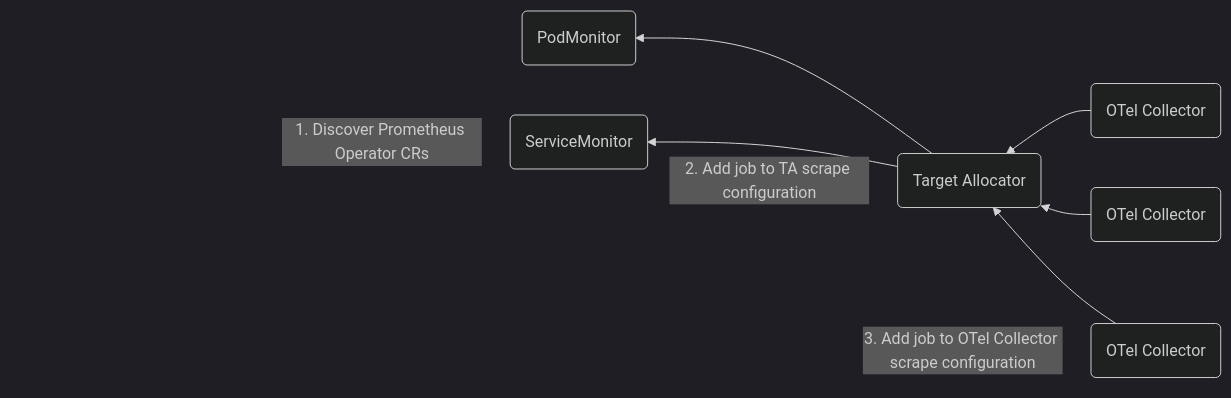
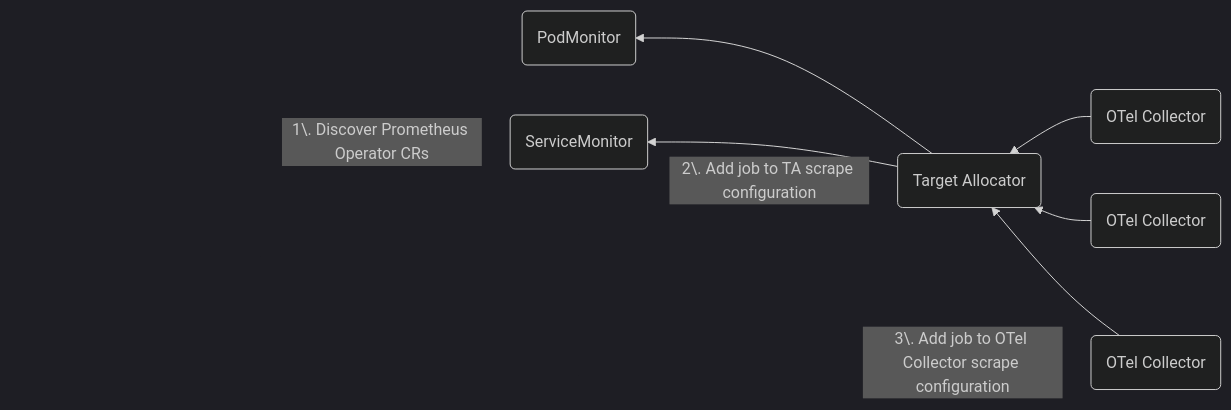
Before and after one commit to open-telemetry/opentelemetry.io: the second of 2 diagrams in content/en/blog/2024/prom-and-otel/index.md, drawn with Mermaid (dark theme).

Commit message:
Use escape char

````diff
--- a/content/en/blog/2024/prom-and-otel/index.md
+++ b/content/en/blog/2024/prom-and-otel/index.md
@@ -261,17 +261,17 @@
 ```mermaid
 flowchart RL
   pm(PodMonitor)
   sm(ServiceMonitor)
   ta(Target Allocator)
   oc1(OTel Collector)
   oc2(OTel Collector)
   oc3(OTel Collector)
   ta --> pm
   ta --> sm
   oc1 --> ta
   oc2 --> ta
   oc3 --> ta
-  sm ~~~|1#46; Discover Prometheus Operator CRs| sm
-  ta ~~~|2#46; Add job to TA scrape configuration| ta
-  oc3 ~~~|3#46; Add job to OTel Collector scrape configuration| oc3
+  sm ~~~|1\. Discover Prometheus Operator CRs| sm
+  ta ~~~|2\. Add job to TA scrape configuration| ta
+  oc3 ~~~|3\. Add job to OTel Collector scrape configuration| oc3
 ```
````
